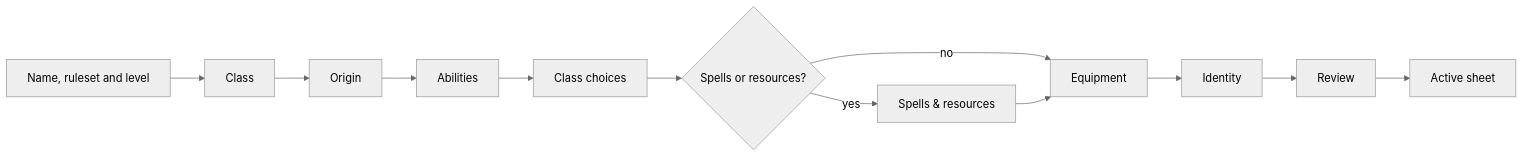
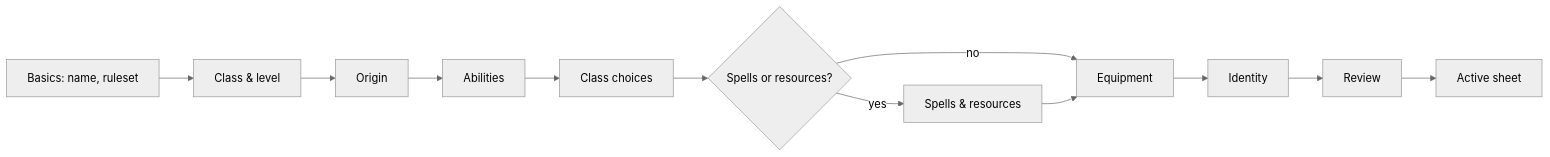
The first of 2 diagrams in docs/product/CHARACTER_CREATION_FLOW.md (Algolon/adventurer-ledger), drawn with Mermaid (neutral theme) before and after one commit. The commit also changed other lines of this file and 10 other files, not shown here.

````diff
--- a/docs/product/CHARACTER_CREATION_FLOW.md
+++ b/docs/product/CHARACTER_CREATION_FLOW.md
@@ -26,14 +26,14 @@
 ```mermaid
 flowchart LR
-  S["Name, ruleset and level"] --> C["Class"]
+  S["Basics: name, ruleset"] --> C["Class & level"]
   C --> O["Origin"]
   O --> A["Abilities"]
   A --> CC["Class choices"]
   CC --> SR{"Spells or resources?"}
   SR -->|yes| SP["Spells & resources"]
   SR -->|no| E["Equipment"]
   SP --> E
   E --> I["Identity"]
   I --> R["Review"]
   R --> SH["Active sheet"]
 ```
````
